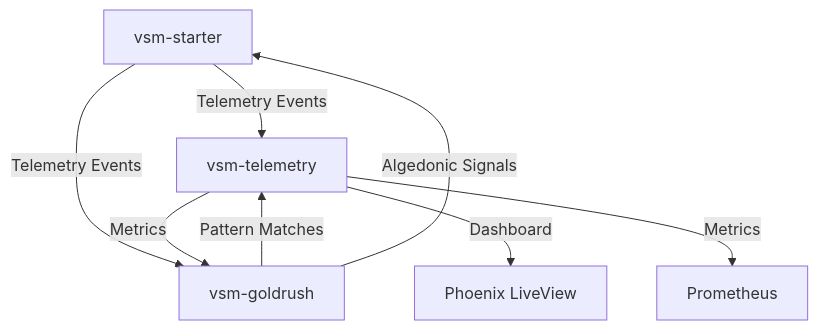
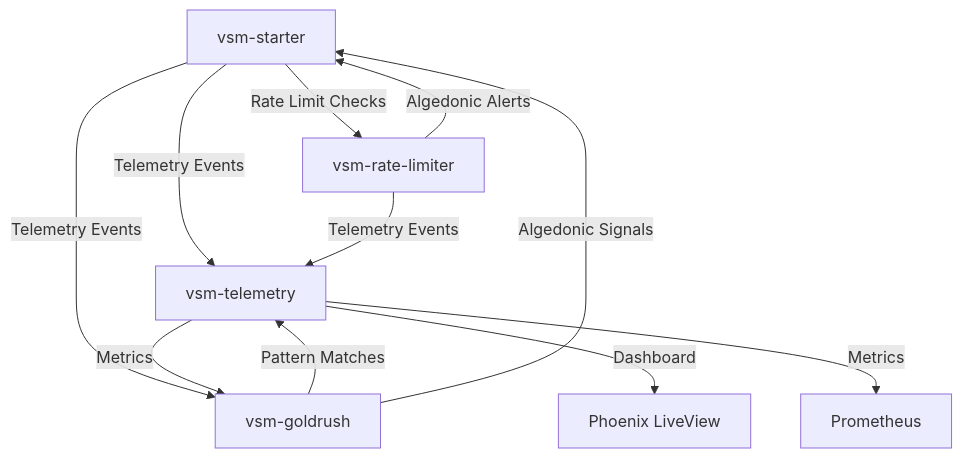
Before and after one commit to viable-systems/vsm-docs: the diagram in docs/roadmap/packages/index.md, drawn with Mermaid. The commit also changed other lines of this file and 7 other files, not shown here.

First line of the commit message:
Add vsm-rate-limiter documentation

````diff
--- a/docs/roadmap/packages/index.md
+++ b/docs/roadmap/packages/index.md
@@ -32,10 +40,13 @@
 ```mermaid
 graph TD
     A[vsm-starter] -->|Telemetry Events| B[vsm-telemetry]
     A -->|Telemetry Events| C[vsm-goldrush]
+    A -->|Rate Limit Checks| F[vsm-rate-limiter]
     B -->|Metrics| C
     C -->|Pattern Matches| B
     C -->|Algedonic Signals| A
+    F -->|Telemetry Events| B
+    F -->|Algedonic Alerts| A
     B -->|Dashboard| D[Phoenix LiveView]
     B -->|Metrics| E[Prometheus]
 ```
````
